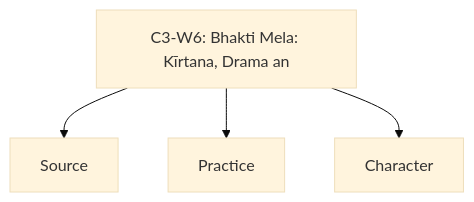
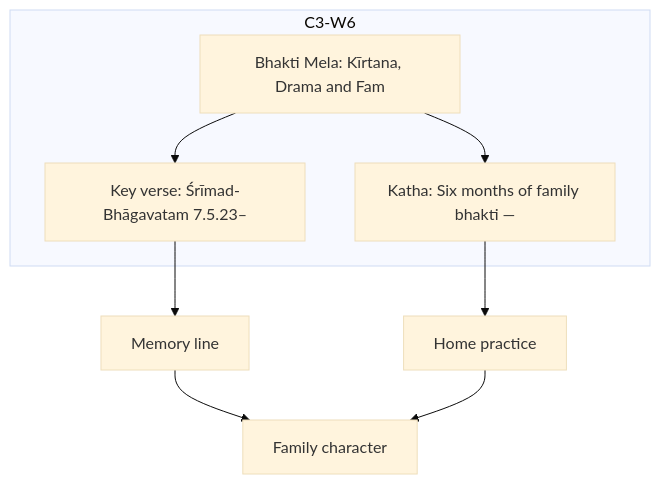
One commit to swap2you/kutumba-family-program changed the diagram in 11-weekly-program-library/first-six-months/c3-w6-bhakti-mela-kīrtana-drama-and-family-presentation/visuals/concept-map.mmd. Above: the diagram before and after it, drawn with Mermaid (base theme). The commit also changed 201 other files, not shown here.

```diff
--- a/11-weekly-program-library/first-six-months/c3-w6-bhakti-mela-kīrtana-drama-and-family-presentation/visuals/concept-map.mmd
+++ b/11-weekly-program-library/first-six-months/c3-w6-bhakti-mela-kīrtana-drama-and-family-presentation/visuals/concept-map.mmd
@@ -1,4 +1,12 @@
-flowchart TD
-  A[C3-W6: Bhakti Mela: Kīrtana, Drama an] --> B[Source]
-  A --> C[Practice]
-  A --> D[Character]
+flowchart TB
+    subgraph MODULE["C3-W6"]
+        A["Bhakti Mela: Kīrtana, Drama and Fam"]
+        B["Key verse: Śrīmad-Bhāgavatam 7.5.23–"]
+        C["Katha: Six months of family bhakti — "]
+    end
+    A --> B
+    A --> C
+    B --> D[Memory line]
+    C --> E[Home practice]
+    D --> F[Family character]
+    E --> F
```
